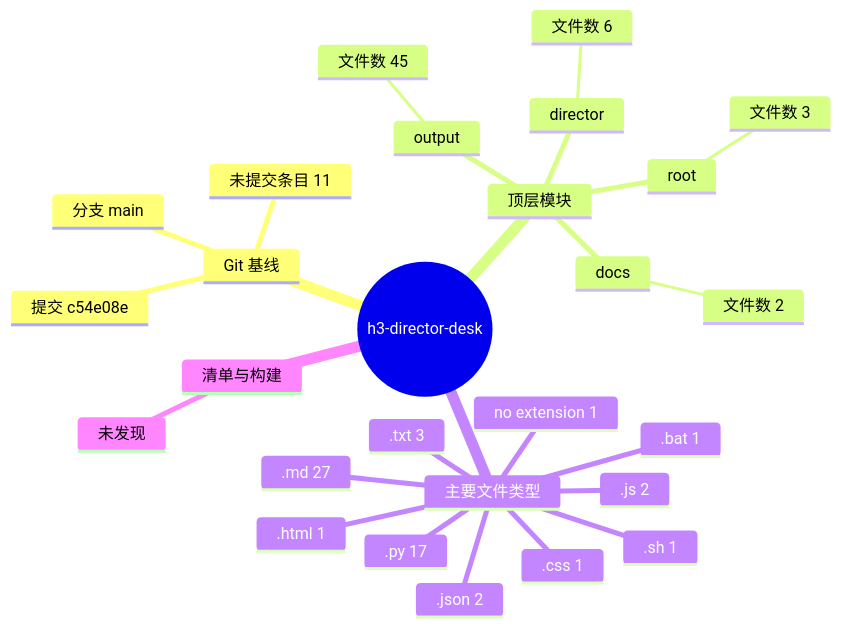
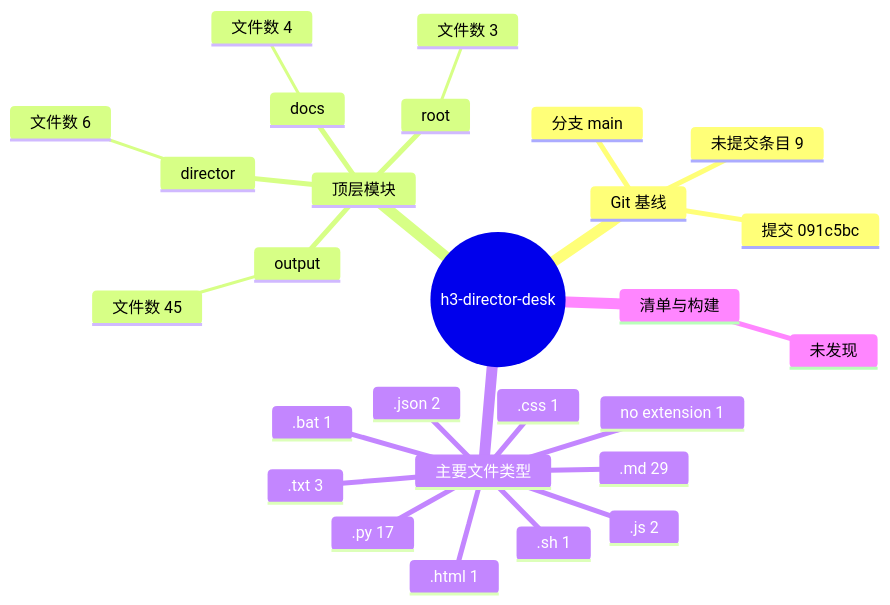
Before and after one commit to Exalex/h3-director-desk: the diagram in docs/project-evolution/mindmaps/repository-structure.md, drawn with Mermaid. The commit also changed 9 other files, not shown here.

````diff
--- a/docs/project-evolution/mindmaps/repository-structure.md
+++ b/docs/project-evolution/mindmaps/repository-structure.md
@@ -5,30 +5,30 @@
 ```mermaid
 mindmap
   root((h3-director-desk))
     Git 基线
       分支 main
-      提交 c54e08e
-      未提交条目 11
+      提交 091c5bc
+      未提交条目 9
     顶层模块
       output
         文件数 45
       director
         文件数 6
+      docs
+        文件数 4
       root
         文件数 3
-      docs
-        文件数 2
     主要文件类型
-      .md 27
+      .md 29
       .py 17
       .txt 3
       .js 2
       .json 2
       no extension 1
       .bat 1
       .html 1
       .css 1
       .sh 1
     清单与构建
       未发现
 ```
````
